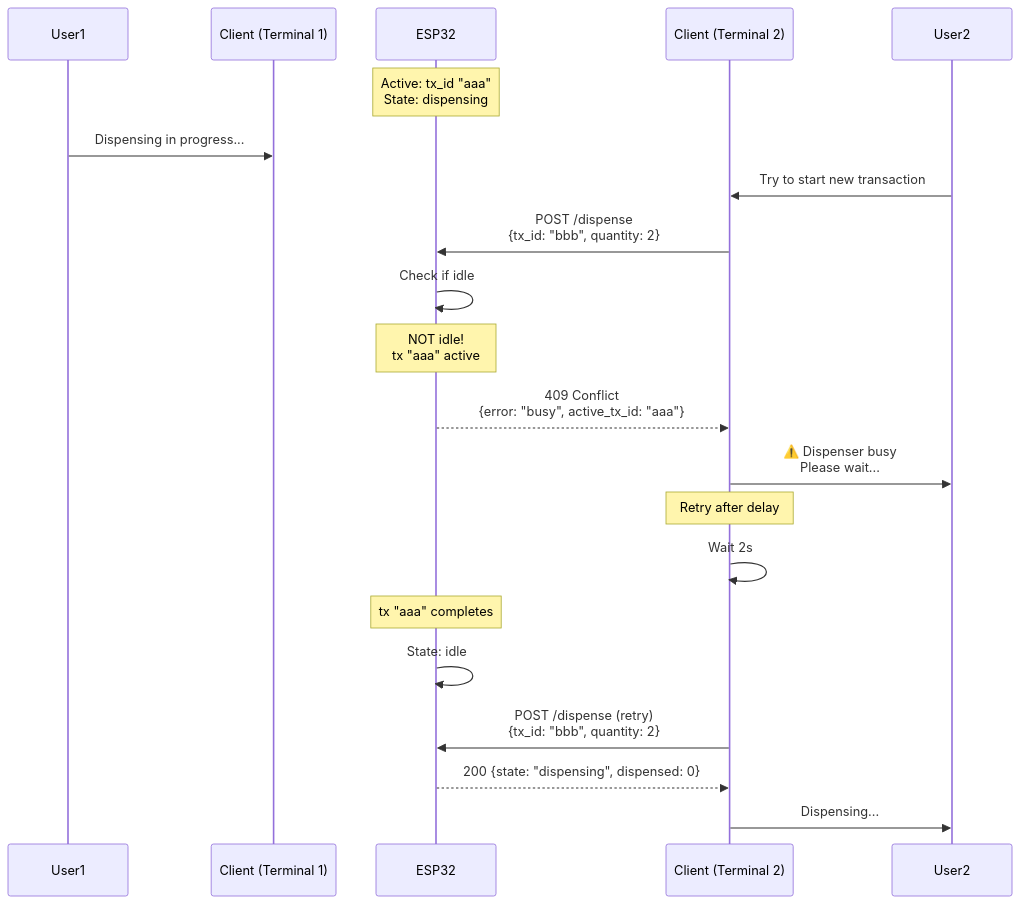
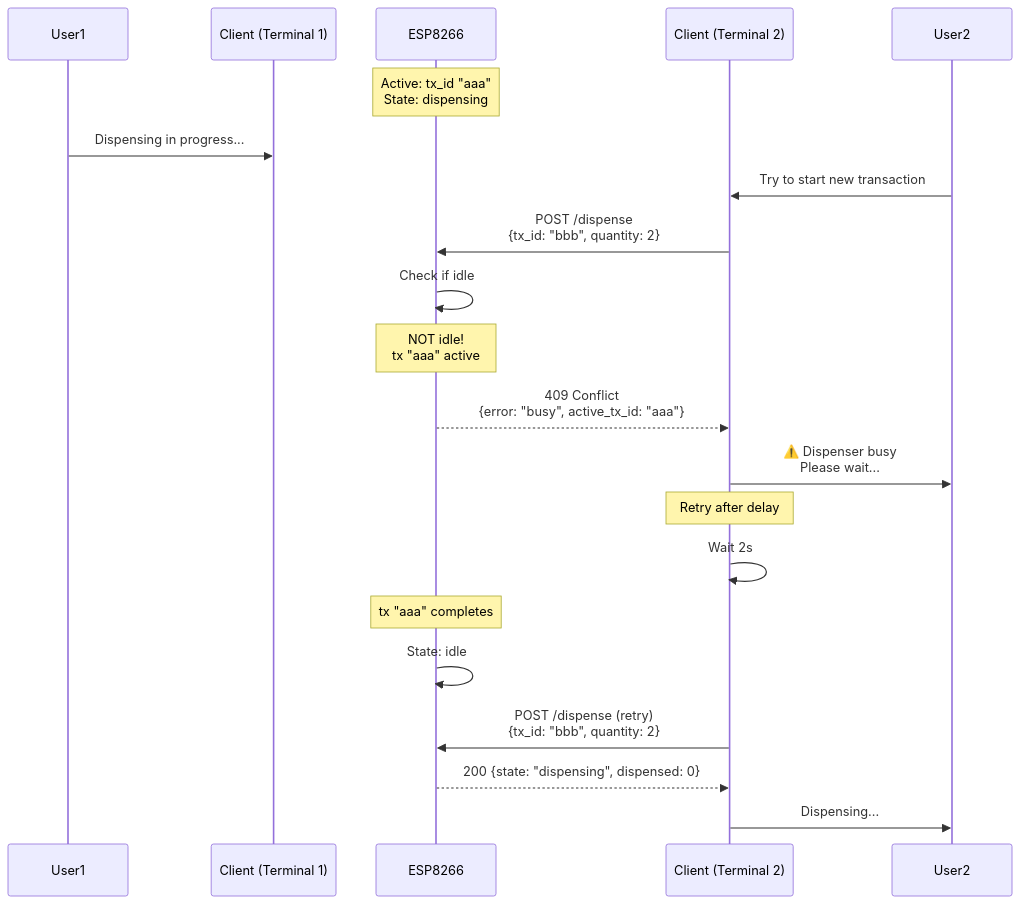
Before and after one commit to dgloeckner/remote-token-dispenser: the ninth of 26 diagrams in ARCHITECTURE.md, drawn with Mermaid. The commit also changed other lines of this file and 21 other files, not shown here.

````diff
--- a/ARCHITECTURE.md
+++ b/ARCHITECTURE.md
@@ -504,33 +504,33 @@
 ```mermaid
 sequenceDiagram
     participant User1
     participant Client1 as Client (Terminal 1)
-    participant ESP32
+    participant ESP8266
     participant Client2 as Client (Terminal 2)
     participant User2
 
-    Note over ESP32: Active: tx_id "aaa"<br/>State: dispensing
+    Note over ESP8266: Active: tx_id "aaa"<br/>State: dispensing
 
     User1->>Client1: Dispensing in progress...
 
     User2->>Client2: Try to start new transaction
-    Client2->>ESP32: POST /dispense<br/>{tx_id: "bbb", quantity: 2}
+    Client2->>ESP8266: POST /dispense<br/>{tx_id: "bbb", quantity: 2}
 
-    ESP32->>ESP32: Check if idle
-    Note over ESP32: NOT idle!<br/>tx "aaa" active
+    ESP8266->>ESP8266: Check if idle
+    Note over ESP8266: NOT idle!<br/>tx "aaa" active
 
-    ESP32-->>Client2: 409 Conflict<br/>{error: "busy", active_tx_id: "aaa"}
+    ESP8266-->>Client2: 409 Conflict<br/>{error: "busy", active_tx_id: "aaa"}
 
     Client2->>User2: ⚠️ Dispenser busy<br/>Please wait...
 
     Note over Client2: Retry after delay
     Client2->>Client2: Wait 2s
 
-    Note over ESP32: tx "aaa" completes
-    ESP32->>ESP32: State: idle
+    Note over ESP8266: tx "aaa" completes
+    ESP8266->>ESP8266: State: idle
 
-    Client2->>ESP32: POST /dispense (retry)<br/>{tx_id: "bbb", quantity: 2}
-    ESP32-->>Client2: 200 {state: "dispensing", dispensed: 0}
+    Client2->>ESP8266: POST /dispense (retry)<br/>{tx_id: "bbb", quantity: 2}
+    ESP8266-->>Client2: 200 {state: "dispensing", dispensed: 0}
 
     Client2->>User2: Dispensing...
 ```
````
